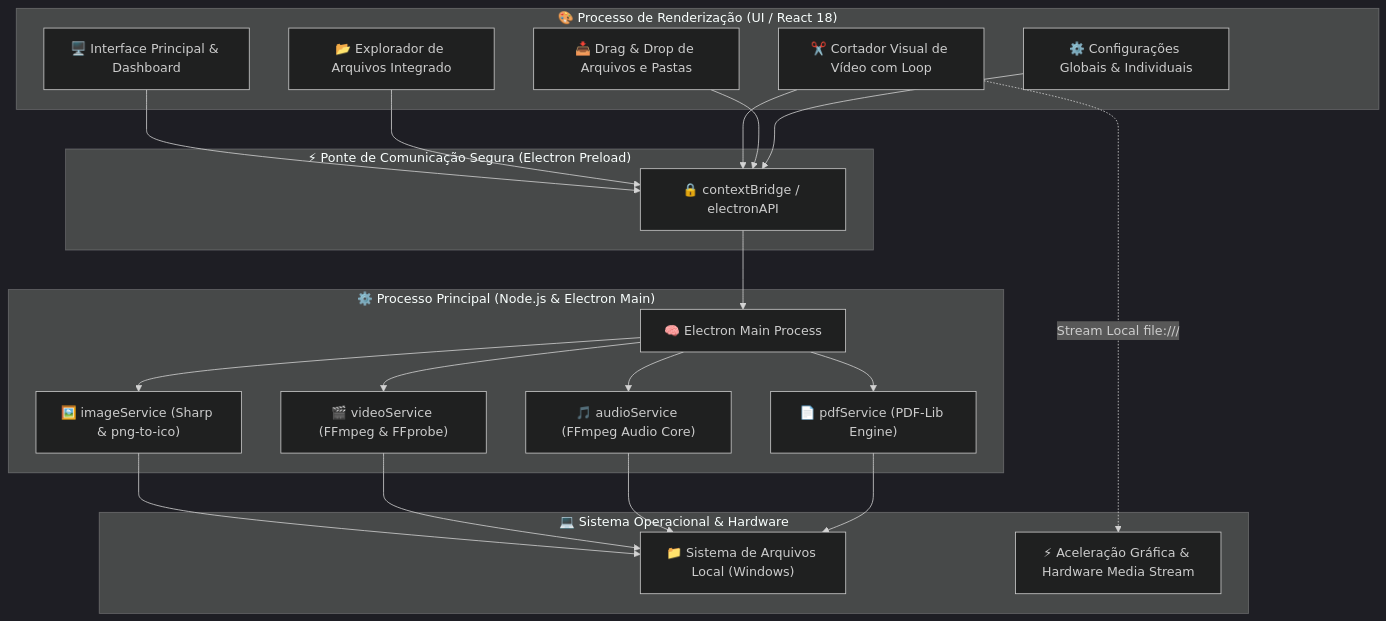
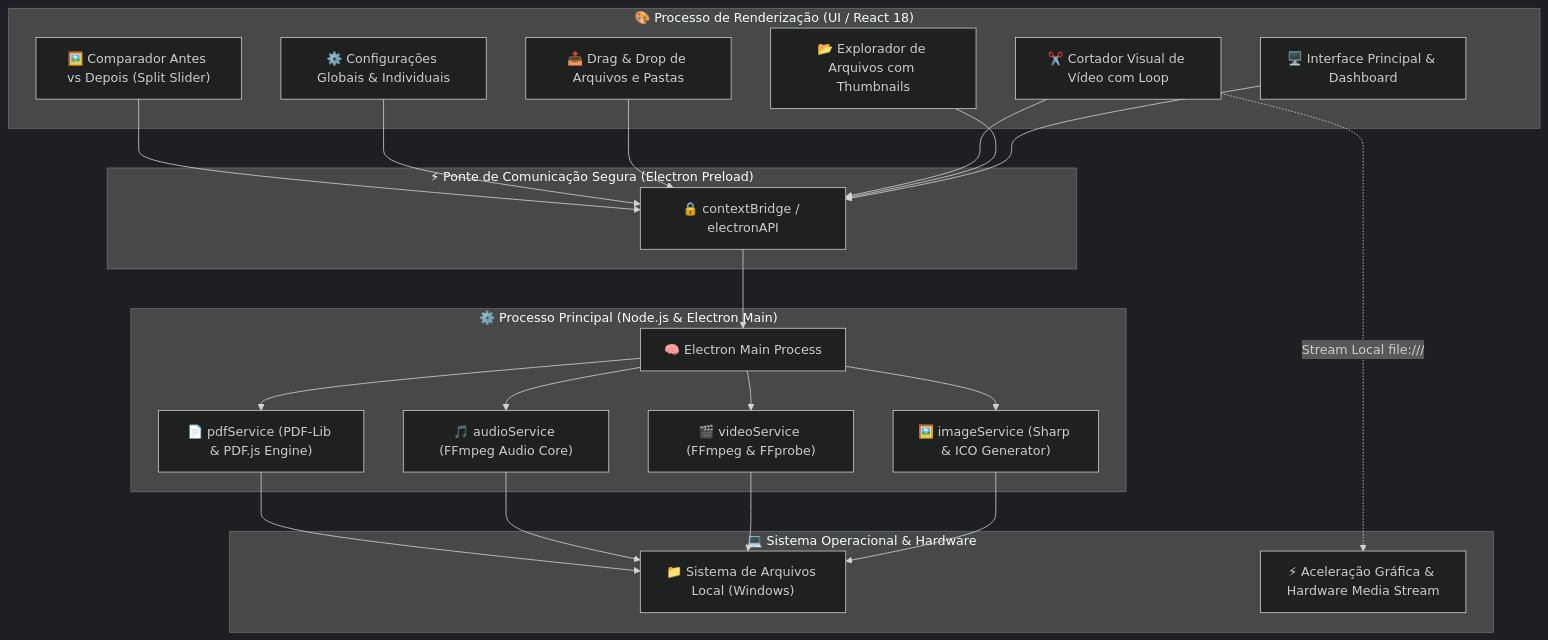
Before and after one commit to gui-bus/MediaMorph: the diagram in README.md, drawn with Mermaid (dark theme). The commit also changed other lines of this file and 1 other file, not shown here.

Commit message:
docs: update READMEs with comprehensive catalogue of all features and PDF page extraction

````diff
--- a/README.md
+++ b/README.md
@@ -89,46 +126,48 @@
 ```mermaid
 graph TB
     subgraph Frontend ["🎨 Processo de Renderização (UI / React 18)"]
         UI["🖥️ Interface Principal & Dashboard"]
-        Explorer["📂 Explorador de Arquivos Integrado"]
+        Explorer["📂 Explorador de Arquivos com Thumbnails"]
         Trimmer["✂️ Cortador Visual de Vídeo com Loop"]
         Dropzone["📥 Drag & Drop de Arquivos e Pastas"]
         Settings["⚙️ Configurações Globais & Individuais"]
+        Comparator["🖼️ Comparador Antes vs Depois (Split Slider)"]
     end
 
     subgraph IPC ["⚡ Ponte de Comunicação Segura (Electron Preload)"]
         Bridge["🔒 contextBridge / electronAPI"]
     end
 
     subgraph Backend ["⚙️ Processo Principal (Node.js & Electron Main)"]
         Main["🧠 Electron Main Process"]
-        ImgService["🖼️ imageService (Sharp & png-to-ico)"]
+        ImgService["🖼️ imageService (Sharp & ICO Generator)"]
         VidService["🎬 videoService (FFmpeg & FFprobe)"]
         AudService["🎵 audioService (FFmpeg Audio Core)"]
-        PdfService["📄 pdfService (PDF-Lib Engine)"]
+        PdfService["📄 pdfService (PDF-Lib & PDF.js Engine)"]
     end
 
     subgraph Native ["💻 Sistema Operacional & Hardware"]
         FS["📁 Sistema de Arquivos Local (Windows)"]
         HW["⚡ Aceleração Gráfica & Hardware Media Stream"]
     end
 
     UI --> Bridge
     Explorer --> Bridge
     Trimmer --> Bridge
     Dropzone --> Bridge
     Settings --> Bridge
+    Comparator --> Bridge
 
     Bridge --> Main
     Main --> ImgService
     Main --> VidService
     Main --> AudService
     Main --> PdfService
 
     ImgService --> FS
     VidService --> FS
     AudService --> FS
     PdfService --> FS
 
     Trimmer -.->|Stream Local file:///| HW
 ```
````
